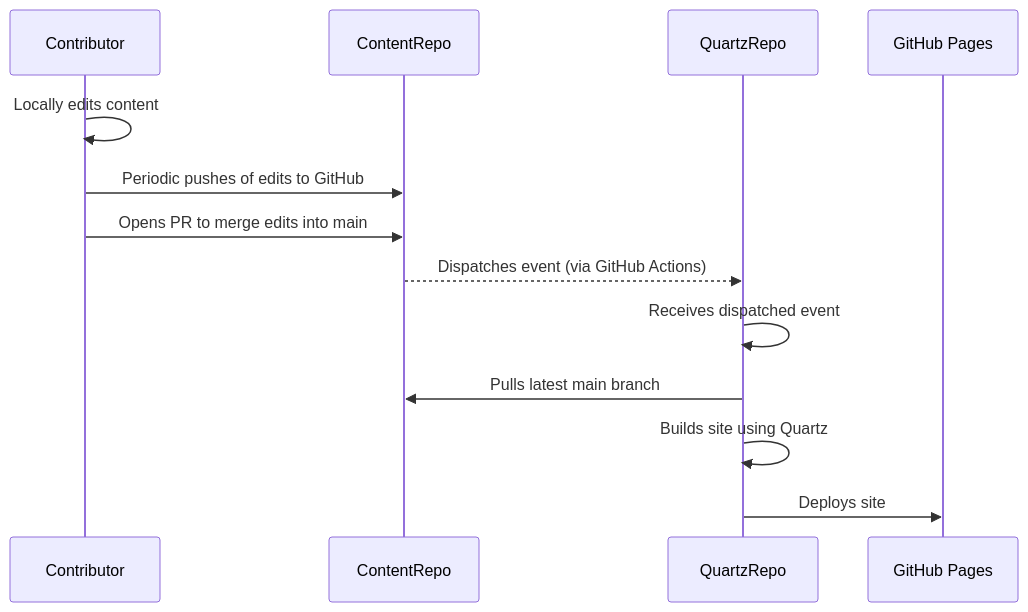
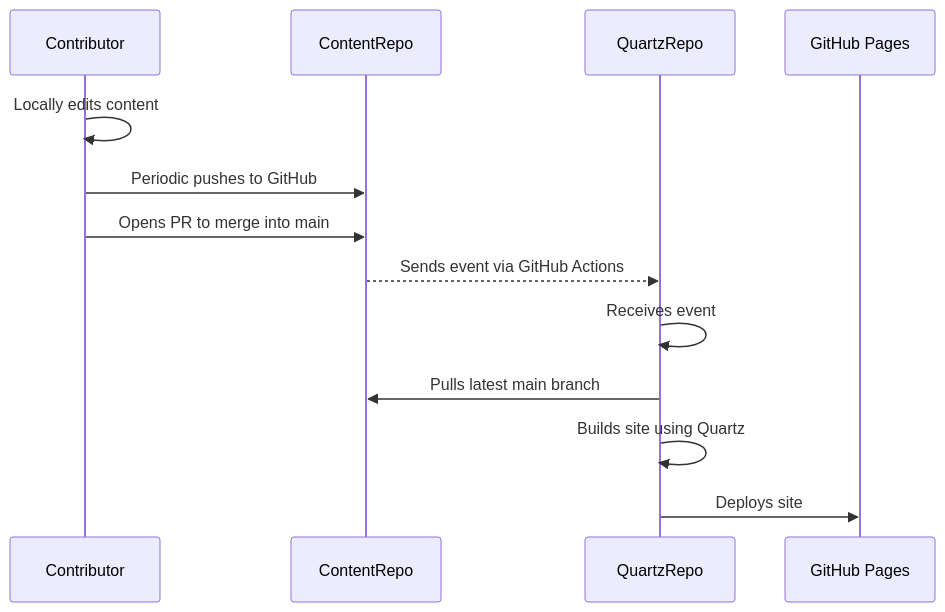
Before and after one commit to IRIS-Digital-Dosimeter/IRIS-Obsidian-Vault: the diagram in This Site.md, drawn with Mermaid. The commit also changed 1 other file, not shown here.

Commit message:
fixed image not on own line, shrunk mermaid diagram teeny bit

````diff
--- a/This Site.md
+++ b/This Site.md
@@ -7,17 +7,17 @@
 ```mermaid
 sequenceDiagram
     participant Contributor
     participant ContentRepo
     participant QuartzRepo
 
 	Contributor->>Contributor: Locally edits content
-    Contributor->>ContentRepo: Periodic pushes of edits to GitHub
-    Contributor->>ContentRepo: Opens PR to merge edits into main
-    ContentRepo-->>QuartzRepo: Dispatches event (via GitHub Actions)
-    QuartzRepo->>QuartzRepo: Receives dispatched event
+    Contributor->>ContentRepo: Periodic pushes to GitHub
+    Contributor->>ContentRepo: Opens PR to merge into main
+    ContentRepo-->>QuartzRepo: Sends event via GitHub Actions
+    QuartzRepo->>QuartzRepo: Receives  event
     QuartzRepo->>ContentRepo: Pulls latest main branch
     QuartzRepo->>QuartzRepo: Builds site using Quartz
     QuartzRepo->>GitHub Pages: Deploys site
 
 
 ```
````
